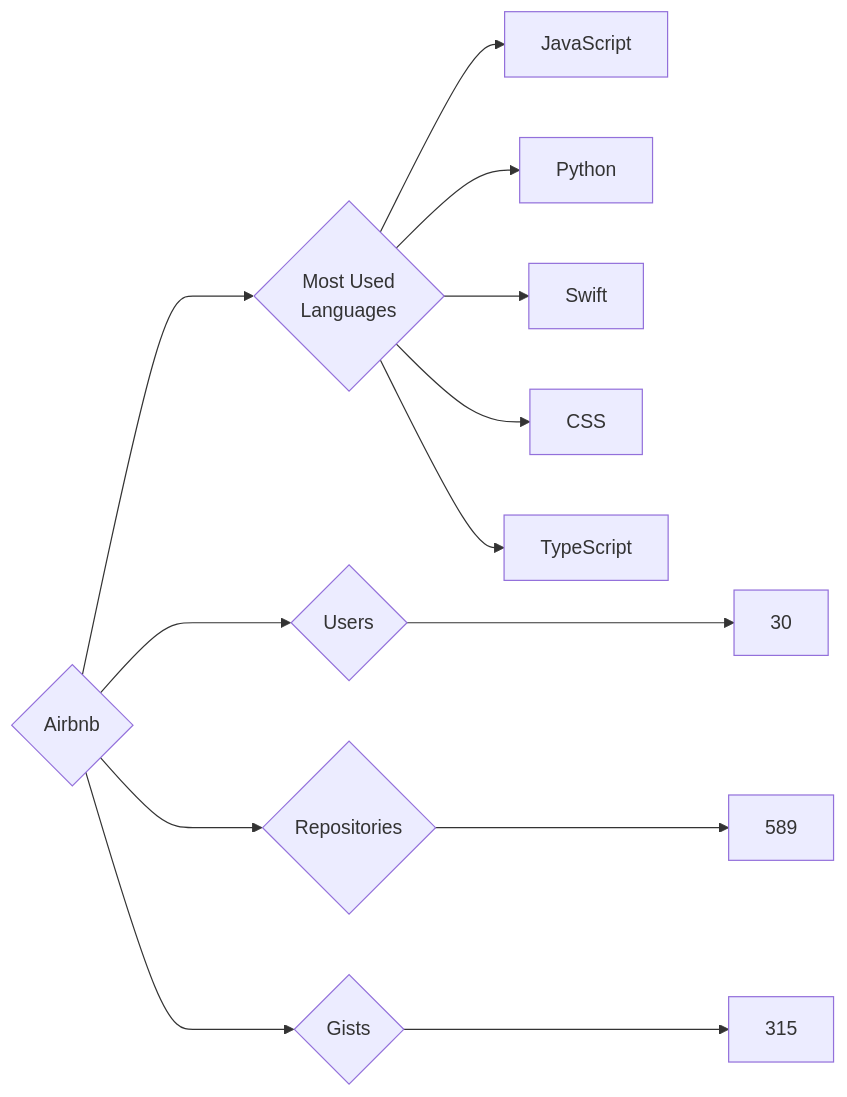
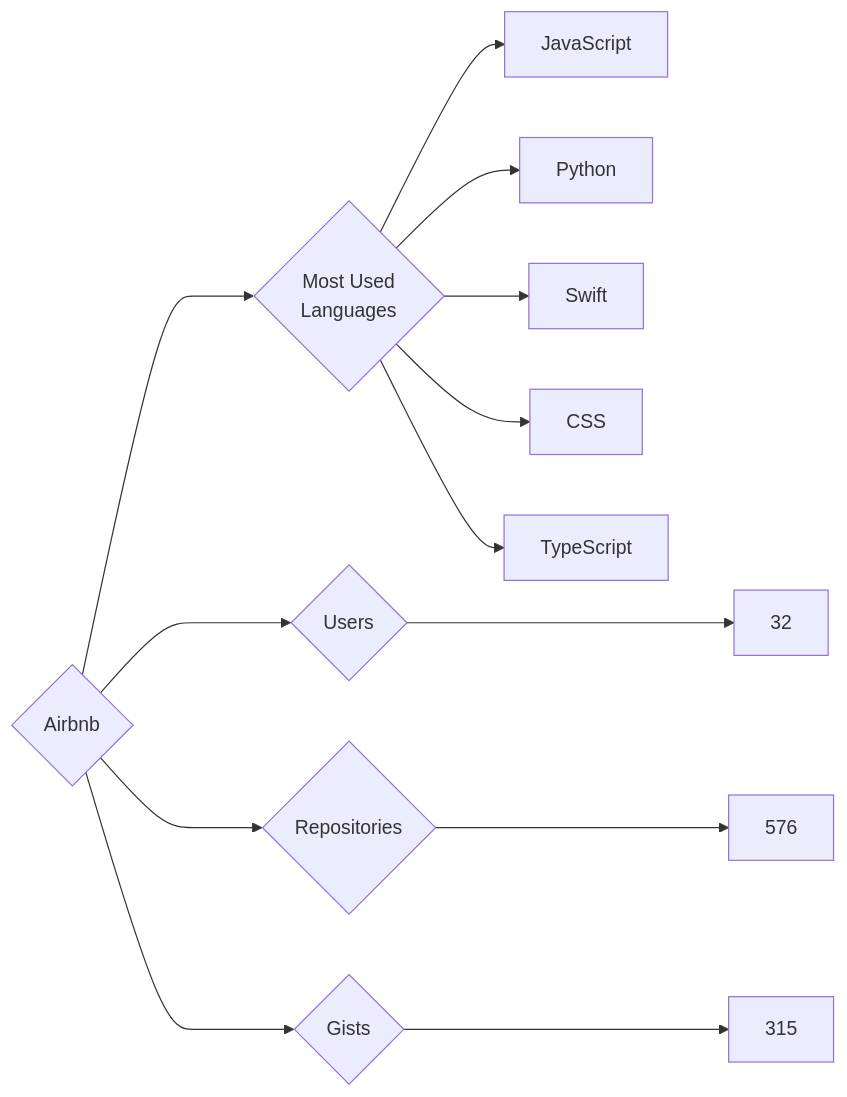
The diagram in targets/Airbnb/README.md (trickest/insiders), drawn with Mermaid before and after one commit. The commit also changed 873 other files, not shown here.

````diff
--- a/targets/Airbnb/README.md
+++ b/targets/Airbnb/README.md
@@ -3,13 +3,13 @@
 ```mermaid
 graph LR
 COMPANY_NAME{Airbnb}
-COMPANY_NAME ---> U{Users} ---> UN[30]
-COMPANY_NAME ---> R{Repositories} ---> RN[589]
+COMPANY_NAME ---> U{Users} ---> UN[32]
+COMPANY_NAME ---> R{Repositories} ---> RN[576]
 COMPANY_NAME ---> G{Gists} ---> GN[315]
 COMPANY_NAME ---> ML{Most Used<br>Languages}
 ML --> JavaScript[JavaScript]
 ML --> Python[Python]
 ML --> Swift[Swift]
 ML --> CSS[CSS]
 ML --> TypeScript[TypeScript]
 ```
````
